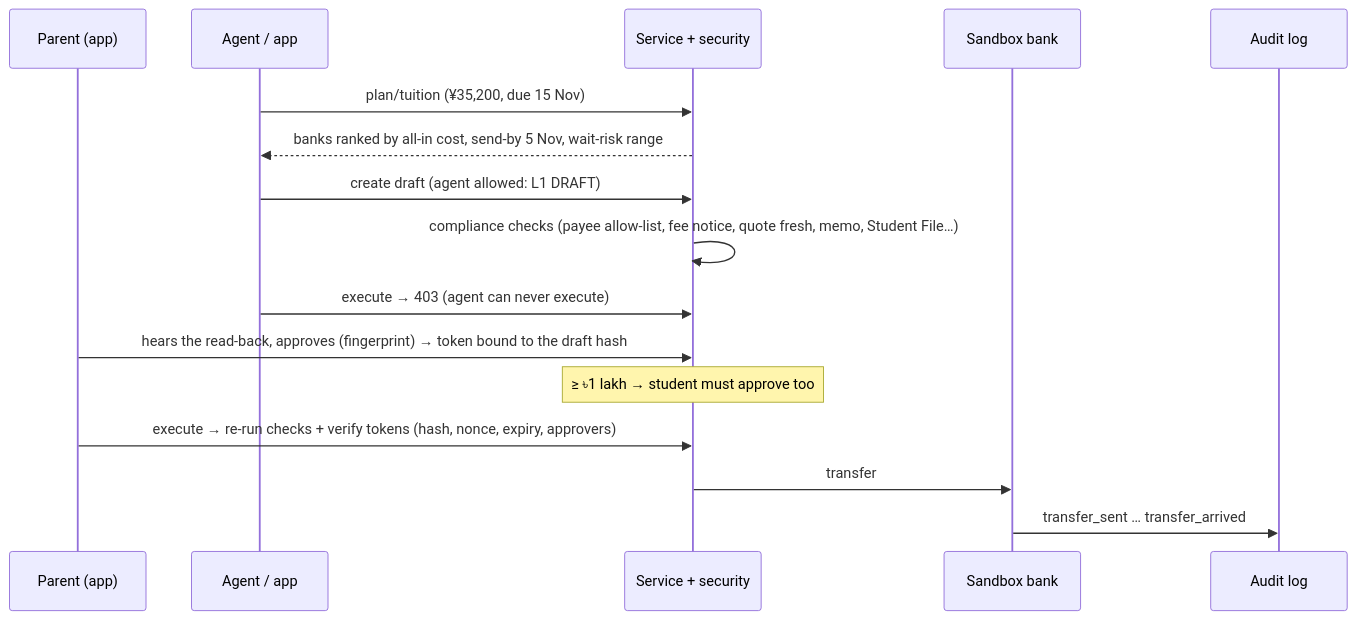
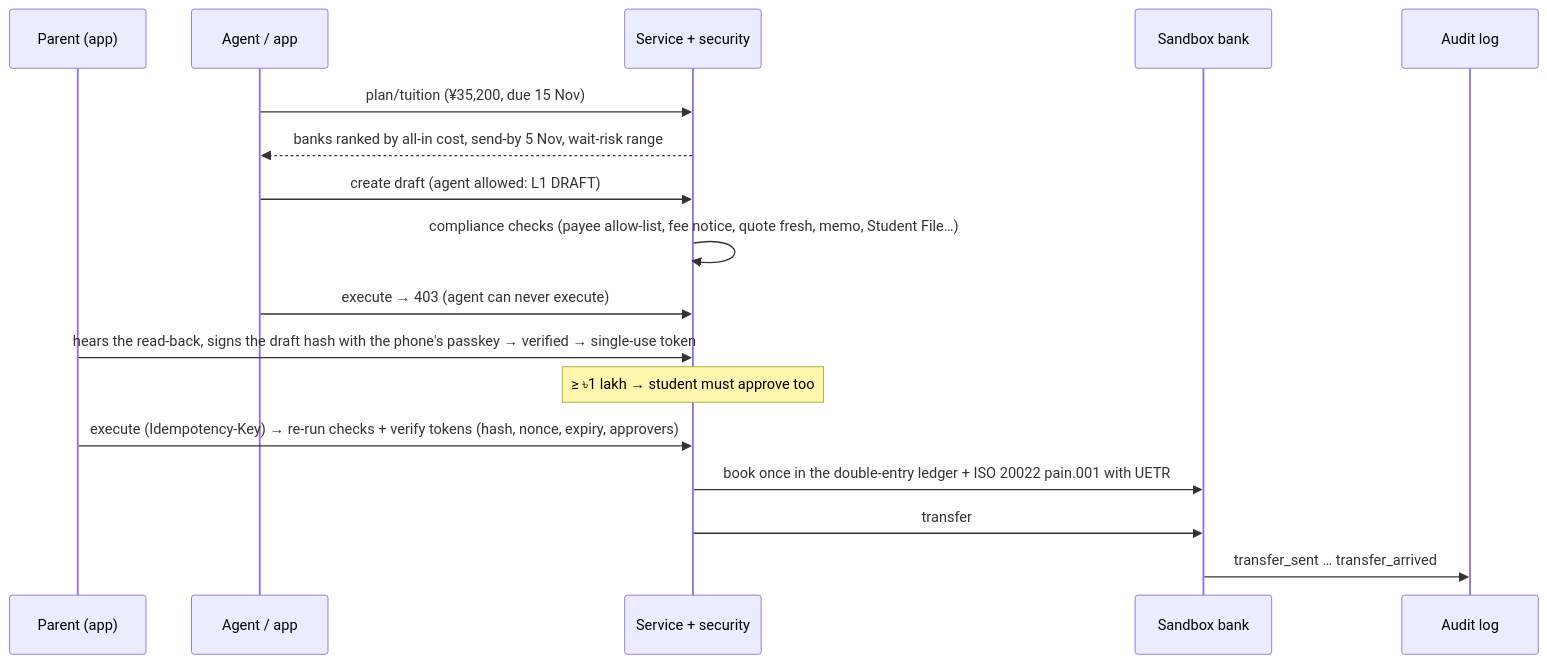
The third of 4 diagrams in docs/TECHNICAL_DOCUMENTATION.md (Tasrif-Ahmed-Mohsin/finbuddy), drawn with Mermaid before and after one commit. The commit also changed other lines of this file and 11 other files, not shown here.

````diff
--- a/docs/TECHNICAL_DOCUMENTATION.md
+++ b/docs/TECHNICAL_DOCUMENTATION.md
@@ -128,17 +112,19 @@
 ```mermaid
 sequenceDiagram
   participant P as Parent (app)
   participant A as Agent / app
   participant S as Service + security
   participant B as Sandbox bank
   participant L as Audit log
   A->>S: plan/tuition (¥35,200, due 15 Nov)
   S-->>A: banks ranked by all-in cost, send-by 5 Nov, wait-risk range
   A->>S: create draft (agent allowed: L1 DRAFT)
   S->>S: compliance checks (payee allow-list, fee notice, quote fresh, memo, Student File…)
   A->>S: execute → 403 (agent can never execute)
-  P->>S: hears the read-back, approves (fingerprint) → token bound to the draft hash
+  P->>S: hears the read-back, signs the draft hash with the phone's passkey → verified → single-use token
   Note over S: ≥ ৳1 lakh → student must approve too
-  P->>S: execute → re-run checks + verify tokens (hash, nonce, expiry, approvers)
-  S->>B: transfer; B->>L: transfer_sent … transfer_arrived
+  P->>S: execute (Idempotency-Key) → re-run checks + verify tokens (hash, nonce, expiry, approvers)
+  S->>B: book once in the double-entry ledger + ISO 20022 pain.001 with UETR
+  S->>B: transfer
+  B->>L: transfer_sent … transfer_arrived
 ```
````
